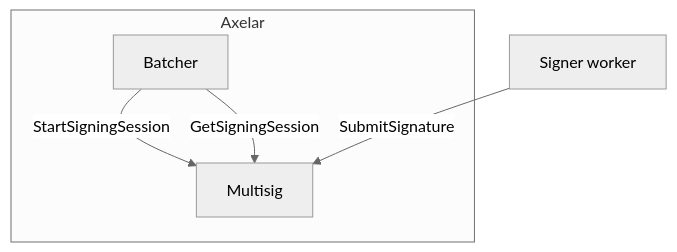
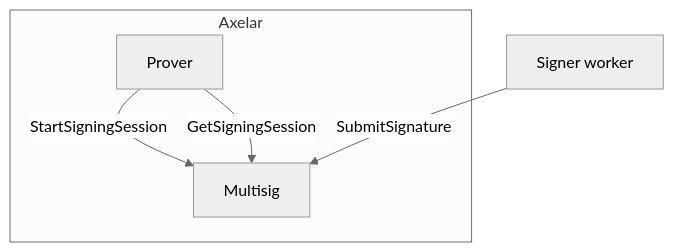
The first of 2 diagrams in contracts/multisig/README.md (kadev2176/axelar-amplifier), drawn with Mermaid (neutral theme) before and after one commit. The commit also changed other lines of this file and 17 other files, not shown here.

Commit message:
chore: update command-batcher contract name to multisig-prover

````diff
--- a/contracts/multisig/README.md
+++ b/contracts/multisig/README.md
@@ -5,12 +5,12 @@
 ```mermaid
 flowchart TD
 subgraph Axelar
-  b[Batcher]
+  b[Prover]
   m[Multisig]
 end
 s[Signer worker]
 
 b--StartSigningSession-->m
 s--SubmitSignature-->m
 b--GetSigningSession-->m
 ```
````
